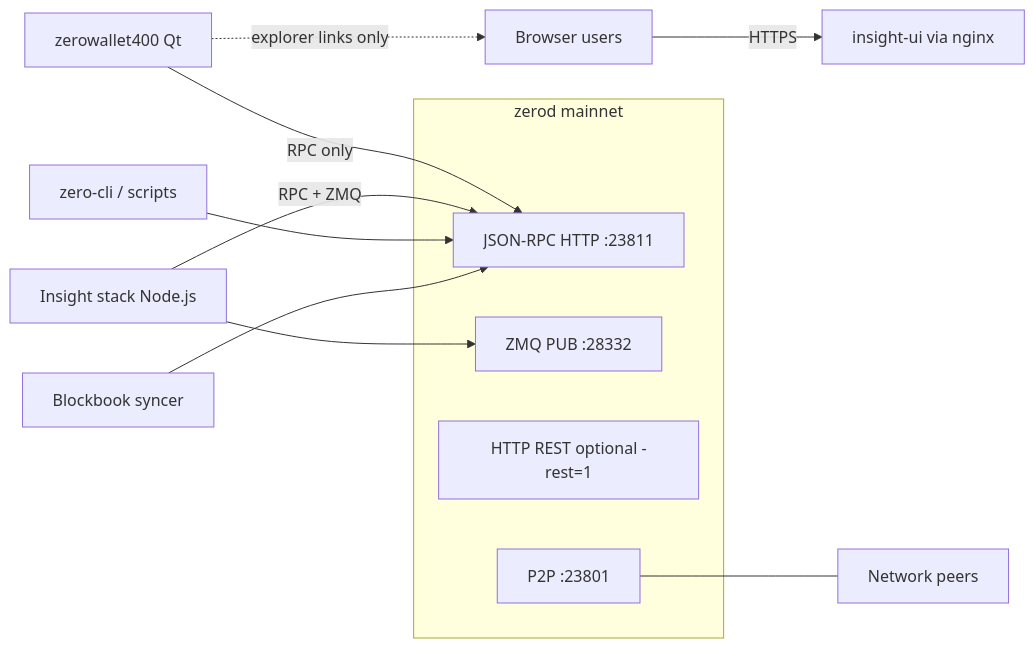
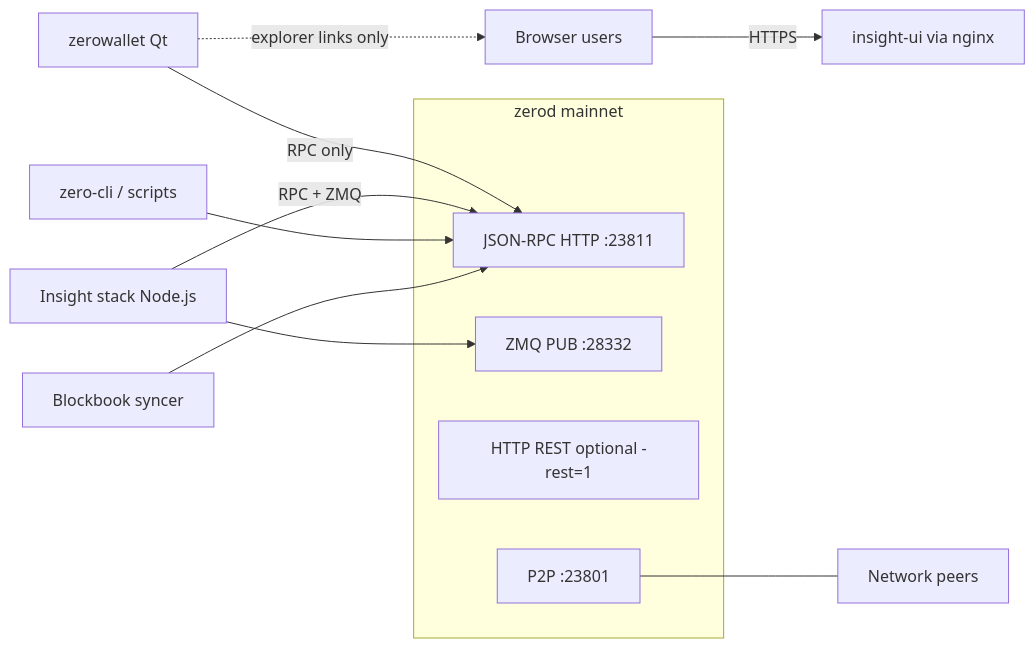
The third of 3 diagrams in ZeroStruct.md (zerocurrencycoin/Zero), drawn with Mermaid before and after one commit. The commit also changed other lines of this file and 44 other files, not shown here.

````diff
--- a/ZeroStruct.md
+++ b/ZeroStruct.md
@@ -663,17 +569,17 @@
 ```mermaid
 flowchart LR
   subgraph zerod ["zerod mainnet"]
     RPC["JSON-RPC HTTP :23811"]
     ZMQ["ZMQ PUB :28332"]
     REST["HTTP REST optional -rest=1"]
     P2P["P2P :23801"]
   end
-  W["zerowallet400 Qt"] -->|RPC only| RPC
+  W["zerowallet Qt"] -->|RPC only| RPC
   INS["Insight stack Node.js"] -->|RPC + ZMQ| RPC
   INS --> ZMQ
   CLI["zero-cli / scripts"] --> RPC
   BB["Blockbook syncer"] --> RPC
   BROWSER["Browser users"] -->|HTTPS| INSUI["insight-ui via nginx"]
   W -.->|explorer links only| BROWSER
   P2P --- NET["Network peers"]
 ```
````
